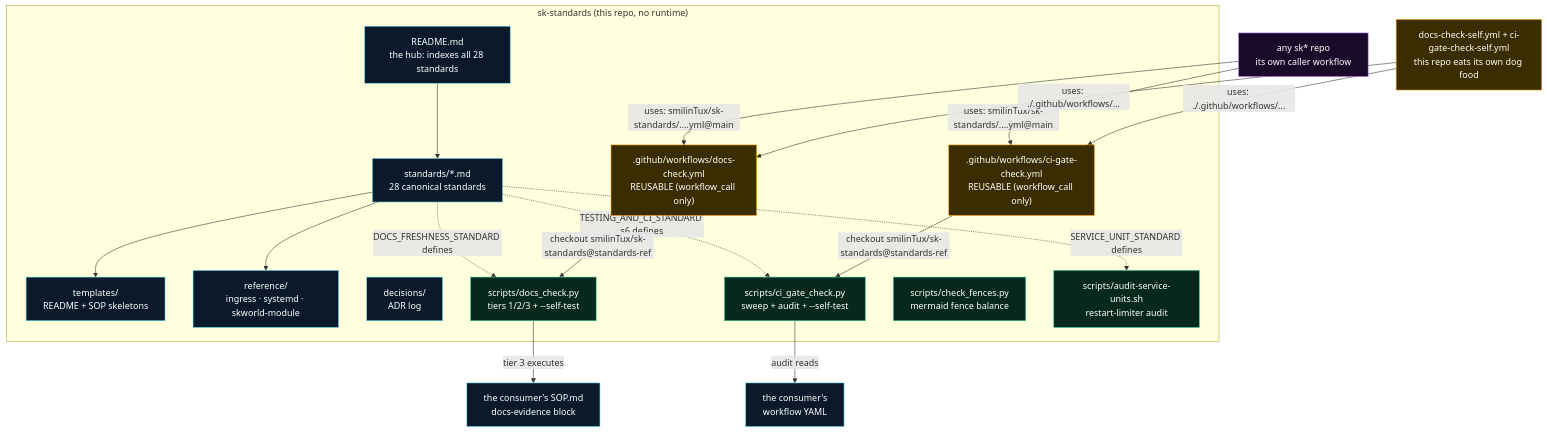
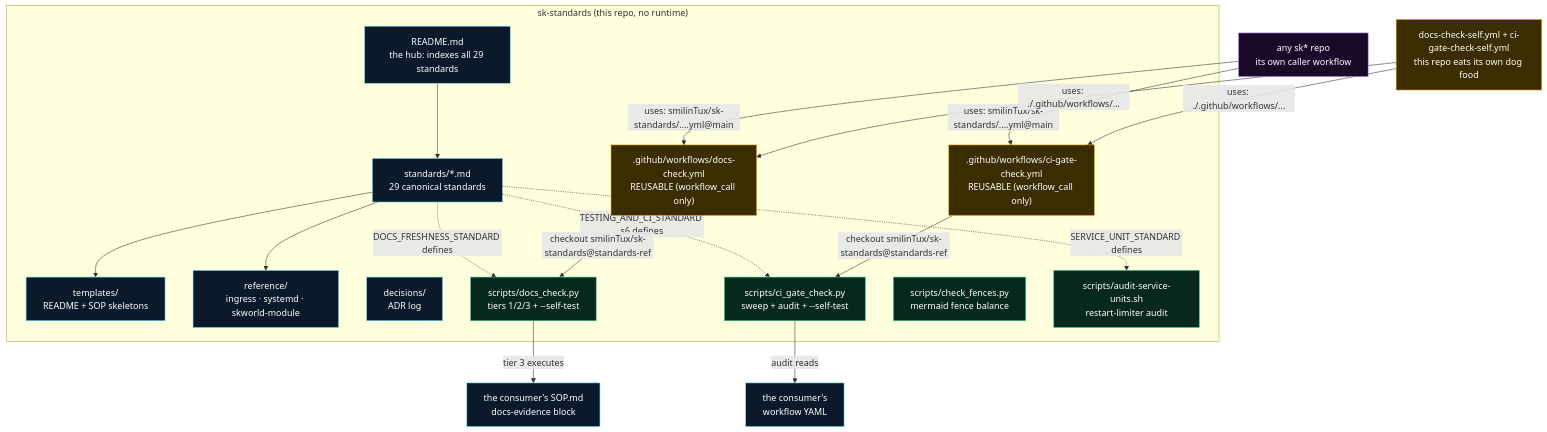
The first of 2 diagrams in SOP.md (smilinTux/sk-standards), drawn with Mermaid before and after one commit. The commit also changed other lines of this file and 9 other files, not shown here.

First line of the commit message:
standards: SKMEMORY_NODE_CONFIG_STANDARD (derive, never paste) with diagrams (#67)

````diff
--- a/SOP.md
+++ b/SOP.md
@@ -91,39 +91,39 @@
 ```mermaid
 flowchart TD
     subgraph skstd["sk-standards (this repo, no runtime)"]
-      README["README.md<br/>the hub: indexes all 28 standards"]:::doc
-      STD["standards/*.md<br/>28 canonical standards"]:::doc
+      README["README.md<br/>the hub: indexes all 29 standards"]:::doc
+      STD["standards/*.md<br/>29 canonical standards"]:::doc
       TPL["templates/<br/>README + SOP skeletons"]:::doc
       REF["reference/<br/>ingress · systemd · skworld-module"]:::doc
       ADR["decisions/<br/>ADR log"]:::doc
       DC["scripts/docs_check.py<br/>tiers 1/2/3 + --self-test"]:::val
       CG["scripts/ci_gate_check.py<br/>sweep + audit + --self-test"]:::val
       CF["scripts/check_fences.py<br/>mermaid fence balance"]:::val
       AU["scripts/audit-service-units.sh<br/>restart-limiter audit"]:::val
       RW[".github/workflows/docs-check.yml<br/>REUSABLE (workflow_call only)"]:::gate
       RC[".github/workflows/ci-gate-check.yml<br/>REUSABLE (workflow_call only)"]:::gate
     end
 
     SELF["docs-check-self.yml + ci-gate-check-self.yml<br/>this repo eats its own dog food"]:::gate
     CONS["any sk* repo<br/>its own caller workflow"]:::consumer
 
     README --> STD
     STD --> TPL
     STD --> REF
     STD -. "DOCS_FRESHNESS_STANDARD defines" .-> DC
     STD -. "TESTING_AND_CI_STANDARD s6 defines" .-> CG
     STD -. "SERVICE_UNIT_STANDARD defines" .-> AU
     RW -->|"checkout smilinTux/sk-standards@standards-ref"| DC
     RC -->|"checkout smilinTux/sk-standards@standards-ref"| CG
     CONS -->|"uses: smilinTux/sk-standards/....yml@main"| RW
     CONS -->|"uses: smilinTux/sk-standards/....yml@main"| RC
     SELF -->|"uses: ./.github/workflows/..."| RW
     SELF -->|"uses: ./.github/workflows/..."| RC
     DC -->|"tier 3 executes"| EV["the consumer's SOP.md<br/>docs-evidence block"]:::doc
     CG -->|"audit reads"| WF["the consumer's<br/>workflow YAML"]:::doc
 
     classDef doc fill:#0a1a2a,stroke:#67e8f9,color:#fff;
     classDef val fill:#06281e,stroke:#34d399,color:#fff;
     classDef gate fill:#3a2d00,stroke:#ffa500,color:#fff;
     classDef consumer fill:#1a0a2a,stroke:#c084fc,color:#fff;
 ```
````
